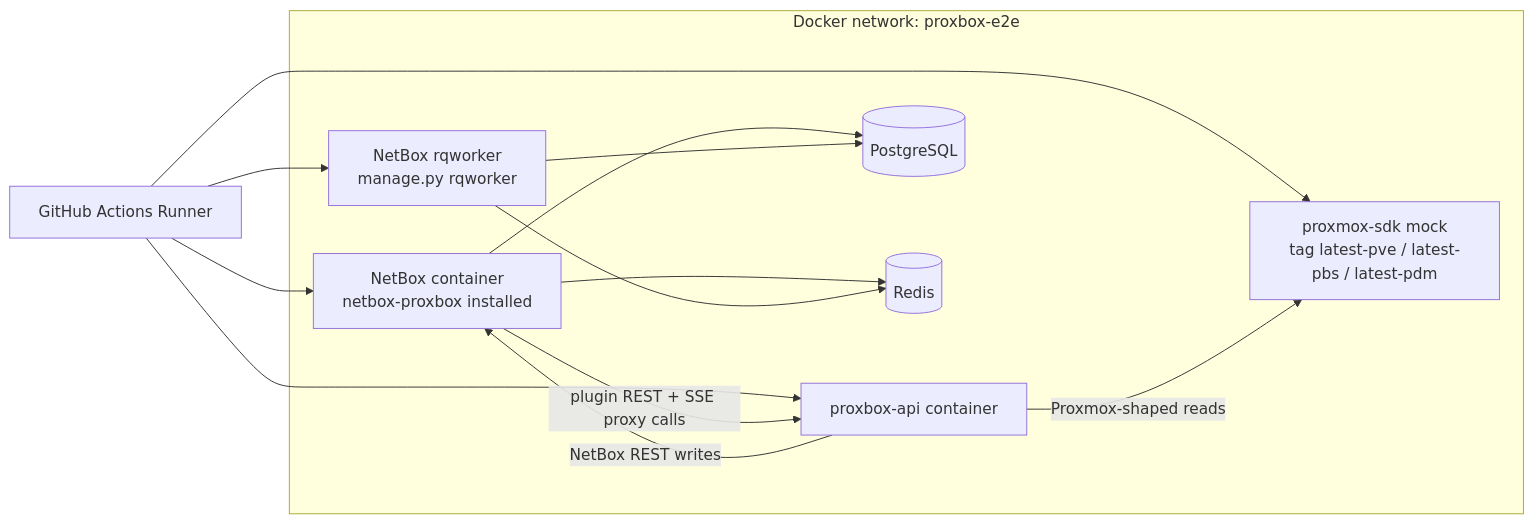
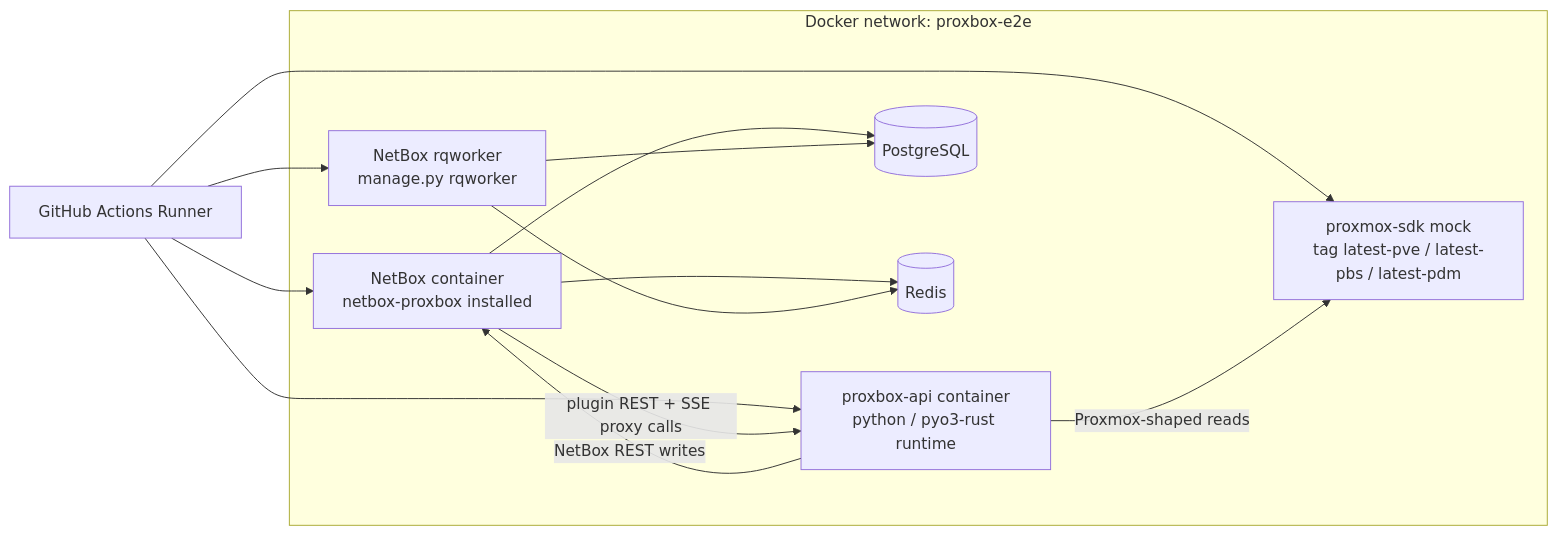
The first of 3 diagrams in docs/features/e2e-docker-testing.md (emersonfelipesp/netbox-proxbox), drawn with Mermaid before and after one commit. The commit also changed other lines of this file and 4 other files, not shown here.

````diff
--- a/docs/features/e2e-docker-testing.md
+++ b/docs/features/e2e-docker-testing.md
@@ -68,27 +84,27 @@
 ```mermaid
 flowchart LR
   A[GitHub Actions Runner]
 
   subgraph D[Docker network: proxbox-e2e]
     NB[NetBox container<br>netbox-proxbox installed]
     RQ[NetBox rqworker<br>manage.py rqworker]
-    API[proxbox-api container]
+    API[proxbox-api container<br>python / pyo3-rust runtime]
     PM[proxmox-sdk mock<br>tag latest-pve / latest-pbs / latest-pdm]
     PG[(PostgreSQL)]
     RD[(Redis)]
   end
 
   A --> NB
   A --> API
   A --> PM
   A --> RQ
 
   NB --> PG
   NB --> RD
   RQ --> PG
   RQ --> RD
 
   NB -->|plugin REST + SSE proxy calls| API
   API -->|Proxmox-shaped reads| PM
   API -->|NetBox REST writes| NB
 ```
````
